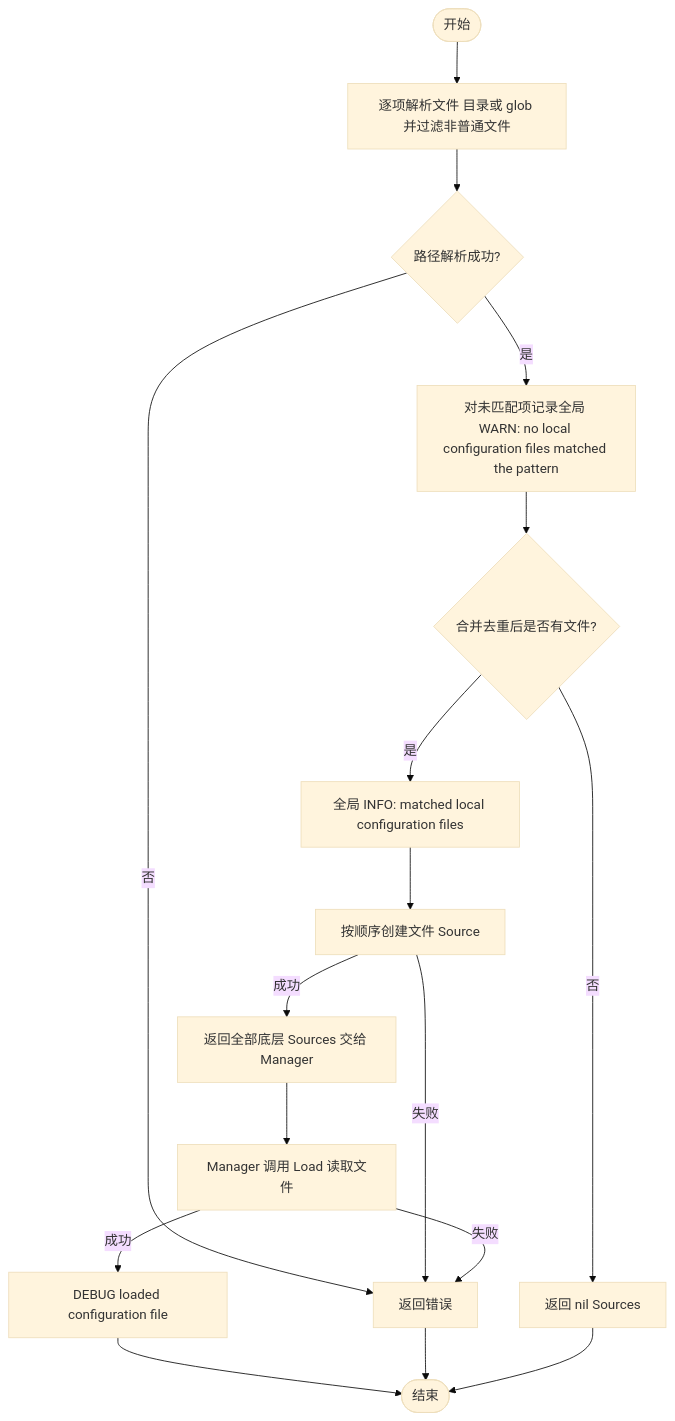
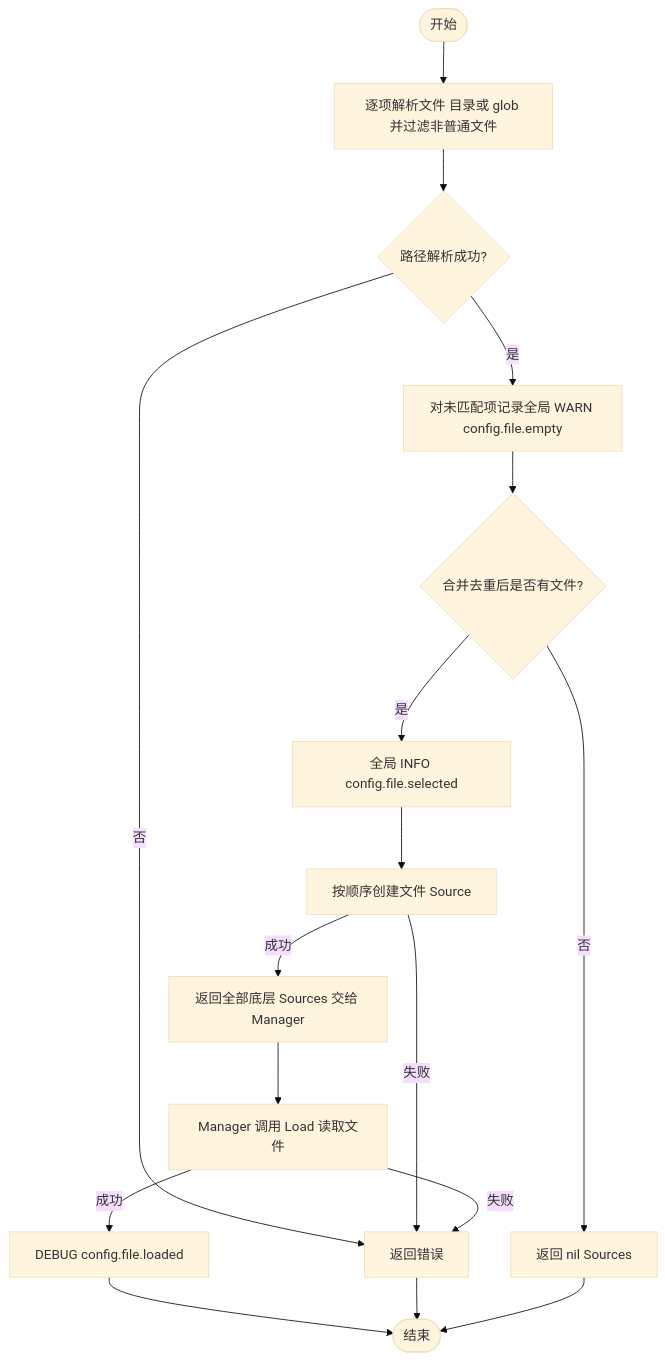
Before and after one commit to jaggerzhuang1994/kratos-foundation: the second of 2 diagrams in contrib/config/file/README.md, drawn with Mermaid (base theme). The commit also changed other lines of this file and 204 other files, not shown here.

````diff
--- a/contrib/config/file/README.md
+++ b/contrib/config/file/README.md
@@ -62,19 +67,19 @@
 ```mermaid
 flowchart TD
     A([开始]) --> B[逐项解析文件 目录或 glob 并过滤非普通文件]
     B --> C{路径解析成功?}
     C -- 否 --> D[返回错误]
-    C -- 是 --> F[对未匹配项记录全局 WARN: no local configuration files matched the pattern]
+    C -- 是 --> F[对未匹配项记录全局 WARN config.file.empty]
     F --> E{合并去重后是否有文件?}
     E -- 否 --> G[返回 nil Sources]
-    E -- 是 --> O[全局 INFO: matched local configuration files]
+    E -- 是 --> O[全局 INFO config.file.selected]
     O --> H[按顺序创建文件 Source]
     H -- 成功 --> J[返回全部底层 Sources 交给 Manager]
     H -- 失败 --> D
     J --> R[Manager 调用 Load 读取文件]
-    R -- 成功 --> DL[DEBUG loaded configuration file]
+    R -- 成功 --> DL[DEBUG config.file.loaded]
     R -- 失败 --> D
     DL --> L([结束])
     D --> L
     G --> L
 ```
````
